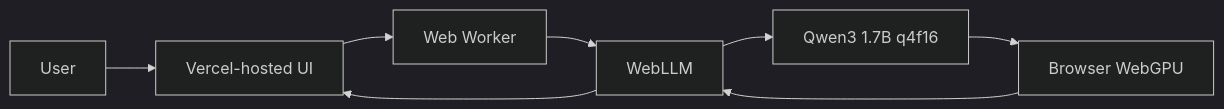
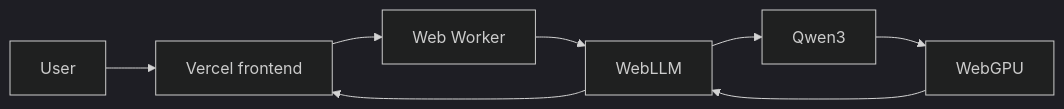
One commit to Rishikeshsanin/Rishi-AI-BOT1 changed the first of 2 diagrams in README.md. Above: the diagram before and after it, drawn with Mermaid (dark theme). The commit also changed other lines of this file, not shown here.

````diff
--- a/README.md
+++ b/README.md
@@ -72,10 +129,10 @@
 ```mermaid
 flowchart LR
-    U[User] --> V[Vercel-hosted UI]
+    U[User] --> V[Vercel frontend]
     V --> W[Web Worker]
     W --> L[WebLLM]
-    L --> Q[Qwen3 1.7B q4f16]
-    Q --> G[Browser WebGPU]
+    L --> Q[Qwen3]
+    Q --> G[WebGPU]
     G --> L
     L --> V
 ```
````
